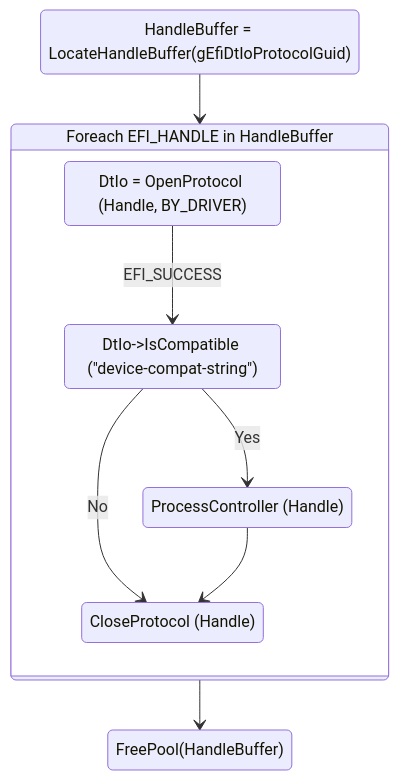
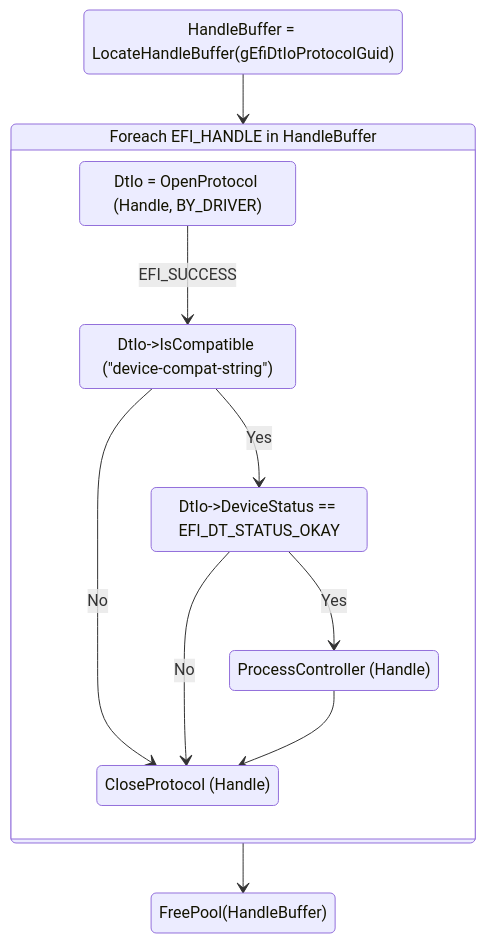
One commit to intel/FdtBusPkg changed the second of 3 diagrams in Docs/DeviceDrivers.md. Above: the diagram before and after it, drawn with Mermaid. The commit also changed other lines of this file and 2 other files, not shown here.

First line of the commit message:
Fix the library drivers not checking for DtIo->DeviceStatus

````diff
--- a/Docs/DeviceDrivers.md
+++ b/Docs/DeviceDrivers.md
@@ -189,21 +209,24 @@
 ```mermaid
 stateDiagram-v2
 
 C1: HandleBuffer = LocateHandleBuffer(gEfiDtIoProtocolGuid)
 
 state "Foreach EFI_HANDLE in HandleBuffer" as C2 {
     D1: DtIo = OpenProtocol (Handle, BY_DRIVER)
     D2: DtIo->IsCompatible ("device-compat-string")
-    D4: CloseProtocol (Handle)
-    D3: ProcessController (Handle)
+    D3: DtIo->DeviceStatus == EFI_DT_STATUS_OKAY
+    D5: CloseProtocol (Handle)
+    D4: ProcessController (Handle)
 }
 
 C1 --> C2
 C2 --> C3
 D1 --> D2: EFI_SUCCESS
 D2 --> D3: Yes
-D2 --> D4: No
-D3 --> D4
+D2 --> D5: No
+D3 --> D4: Yes
+D3 --> D5: No
+D4 --> D5
 
 C3: FreePool(HandleBuffer)
 ```
````
